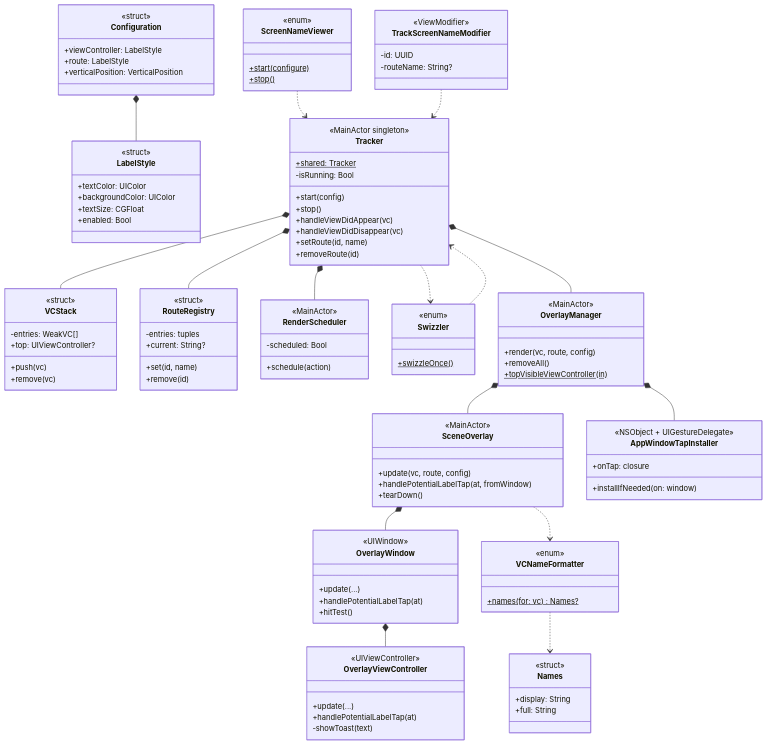
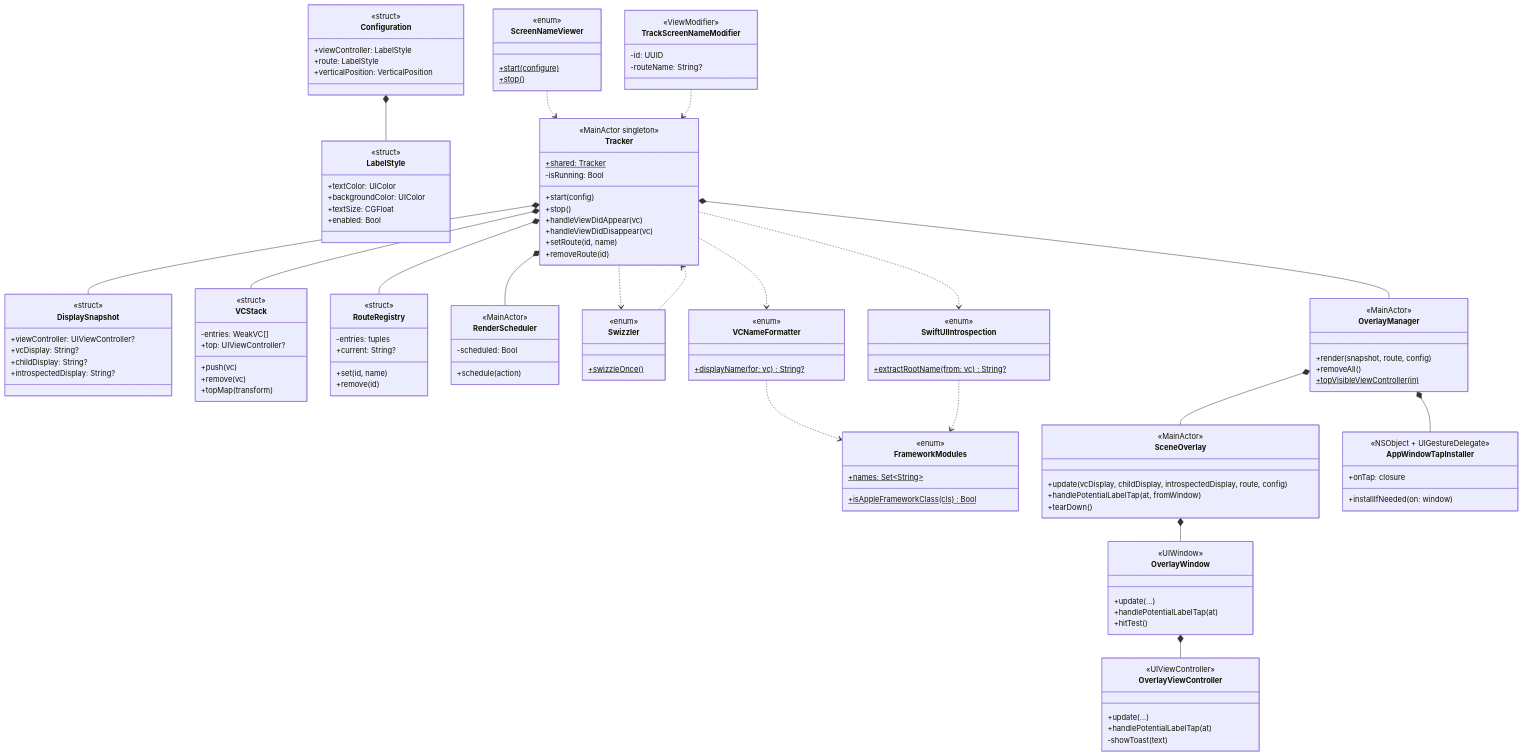
The diagram in README.md (DongLab-DevTools/ScreenNameViewer-For-iOS), drawn with Mermaid before and after one commit. The commit also changed other lines of this file and 1 other file, not shown here.

Commit message:
Readme 최소 지원 버전 수정

````diff
--- a/README.md
+++ b/README.md
@@ -292,12 +293,21 @@
         +removeRoute(id)
     }
 
+    class DisplaySnapshot {
+        <<struct>>
+        +viewController: UIViewController?
+        +vcDisplay: String?
+        +childDisplay: String?
+        +introspectedDisplay: String?
+    }
+
     class VCStack {
         <<struct>>
         -entries: WeakVC[]
         +push(vc)
         +remove(vc)
         +top: UIViewController?
+        +topMap(transform)
     }
 
     class RouteRegistry {
@@ -321,25 +331,30 @@
 
     class VCNameFormatter {
         <<enum>>
-        +names(for: vc)$ Names?
+        +displayName(for: vc)$ String?
     }
 
-    class Names {
-        <<struct>>
-        +display: String
-        +full: String
+    class SwiftUIIntrospection {
+        <<enum>>
+        +extractRootName(from: vc)$ String?
+    }
+
+    class FrameworkModules {
+        <<enum>>
+        +names: Set~String~$
+        +isAppleFrameworkClass(cls)$ Bool
     }
 
     class OverlayManager {
         <<MainActor>>
-        +render(vc, route, config)
+        +render(snapshot, route, config)
         +removeAll()
         +topVisibleViewController(in)$
     }
 
     class SceneOverlay {
         <<MainActor>>
-        +update(vc, route, config)
+        +update(vcDisplay, childDisplay, introspectedDisplay, route, config)
         +handlePotentialLabelTap(at, fromWindow)
         +tearDown()
     }
@@ -365,7 +380,7 @@
     }
 
     Configuration *-- LabelStyle
-    VCNameFormatter ..> Names
+    Tracker *-- DisplaySnapshot
 
     ScreenNameViewer ..> Tracker
     TrackScreenNameModifier ..> Tracker
@@ -377,12 +392,16 @@
     Tracker *-- RenderScheduler
     Tracker *-- OverlayManager
     Tracker ..> Swizzler
+    Tracker ..> VCNameFormatter
+    Tracker ..> SwiftUIIntrospection
+
+    VCNameFormatter ..> FrameworkModules
+    SwiftUIIntrospection ..> FrameworkModules
 
     OverlayManager *-- SceneOverlay
     OverlayManager *-- AppWindowTapInstaller
 
     SceneOverlay *-- OverlayWindow
-    SceneOverlay ..> VCNameFormatter
 
     OverlayWindow *-- OverlayViewController
 ```
````
